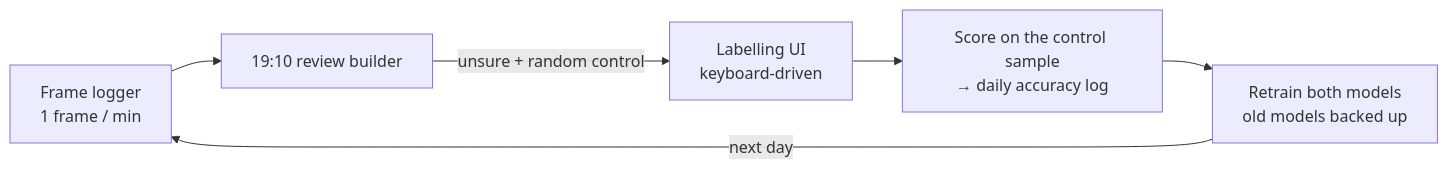
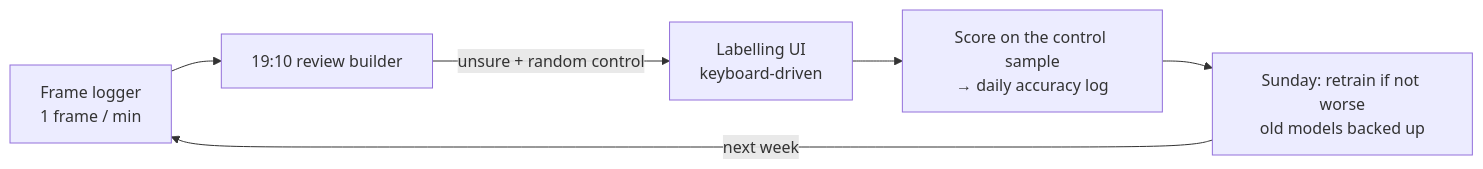
Before and after one commit to devanshsingh0704/seatsense: the second of 2 diagrams in README.md, drawn with Mermaid. The commit also changed other lines of this file and 15 other files, not shown here.

First line of the commit message:
Daily labelling budget, backlog trim, gated Sunday retrain; log running commit

````diff
--- a/README.md
+++ b/README.md
@@ -129,8 +129,8 @@
 ```mermaid
 flowchart LR
     L[Frame logger<br/>1 frame / min] --> RV[19:10 review builder]
     RV -->|unsure + random control| LB[Labelling UI<br/>keyboard-driven]
     LB --> SC[Score on the control sample<br/>→ daily accuracy log]
-    SC --> TR[Retrain both models<br/>old models backed up]
-    TR -->|next day| L
+    SC --> TR[Sunday: retrain if not worse<br/>old models backed up]
+    TR -->|next week| L
 ```
````
